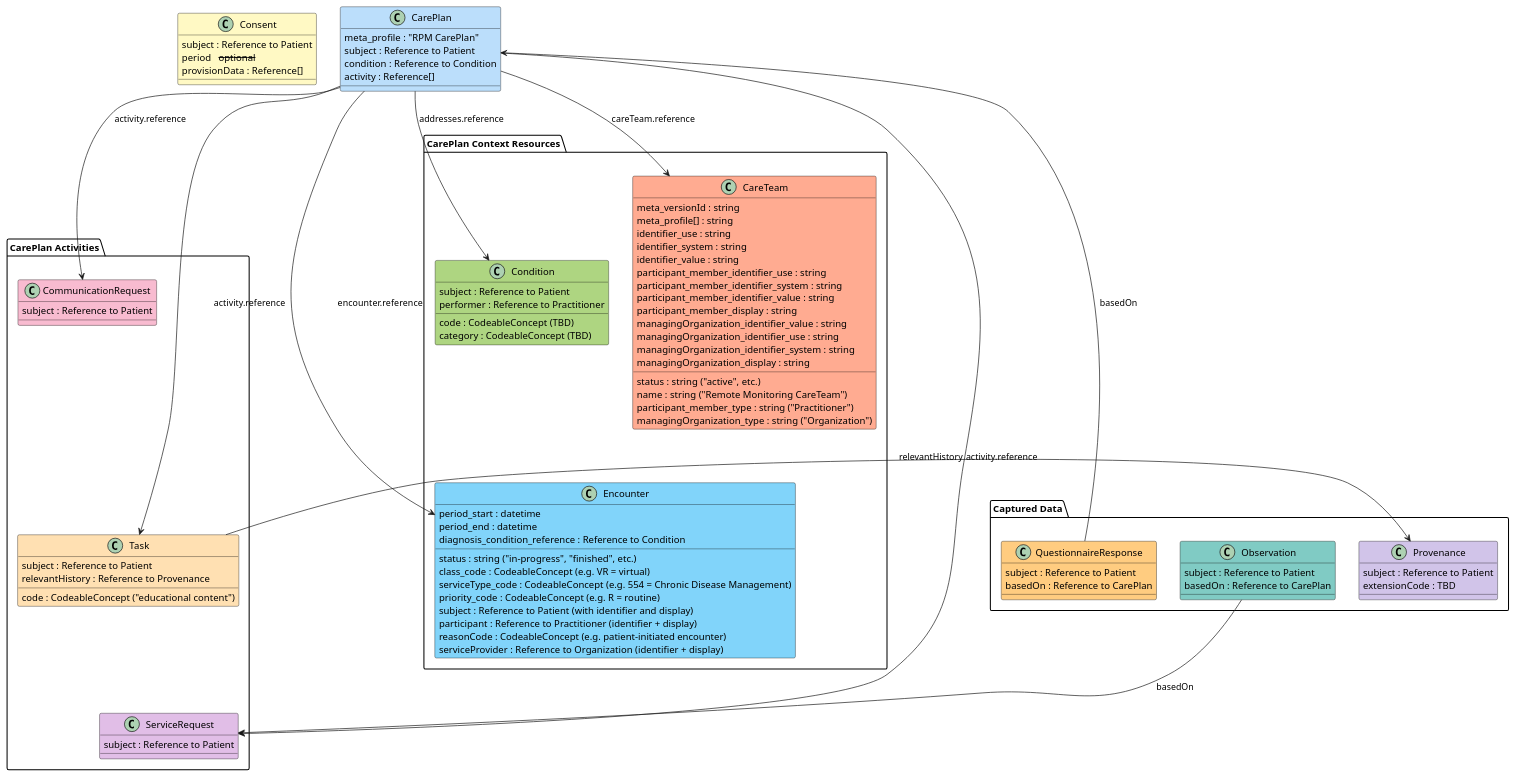
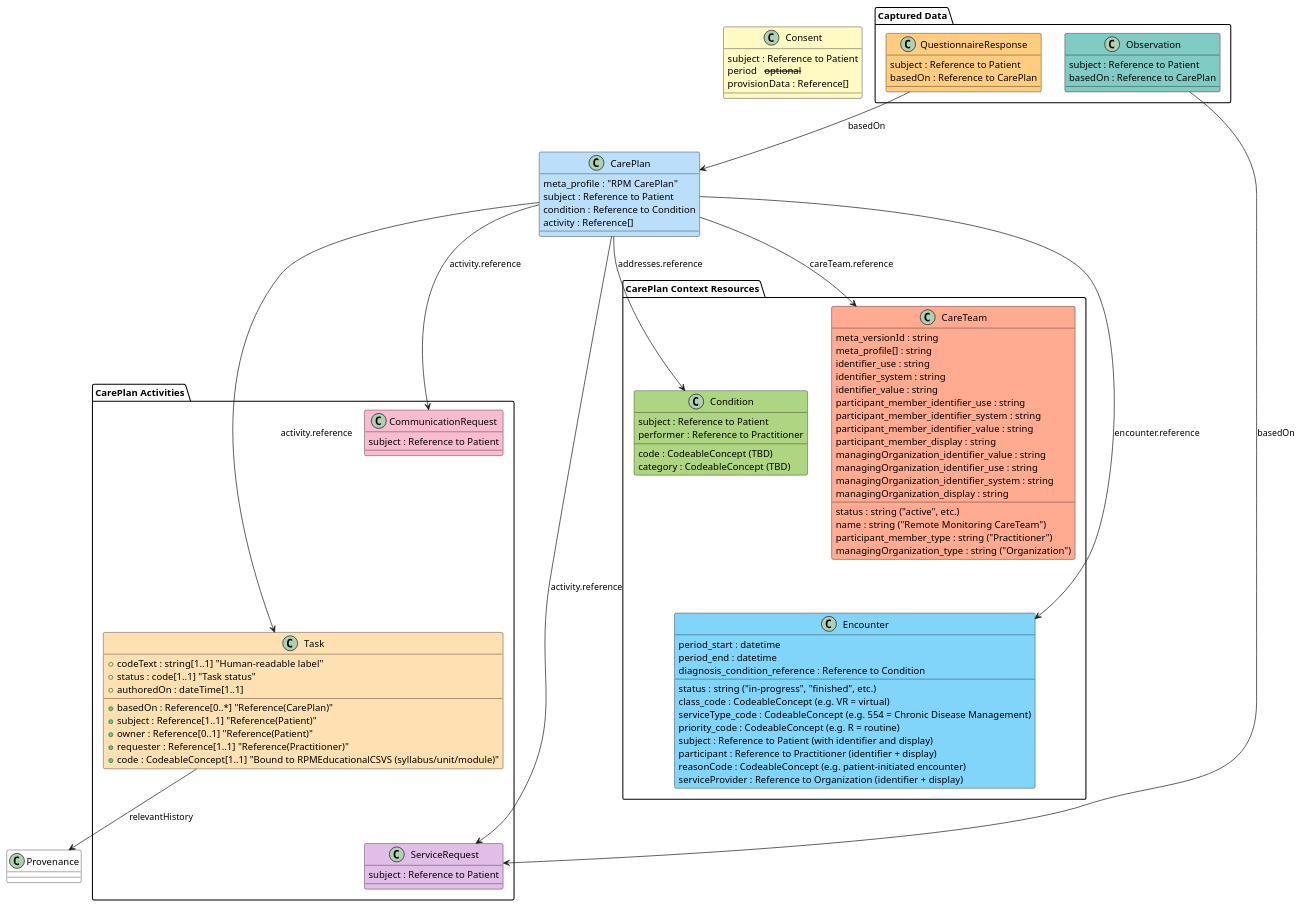
One commit to tewhatuora/cinc-fhir-ig changed the diagram in input/images-source/rpm-resources.plantuml. Above: the diagram before and after it, drawn with PlantUML. The commit also changed 18 other files, not shown here.

Commit message:
Codes, Example, diagrams

```diff
--- a/input/images-source/rpm-resources.plantuml
+++ b/input/images-source/rpm-resources.plantuml
@@ -1,120 +1,120 @@
 @startuml
 
 skinparam class {
     BackgroundColor White
     BorderColor Black
 }
 
 class Consent #FFF9C4 {
   subject : Reference to Patient
   period  -- optional --
   provisionData : Reference[]
 }
 
 class CarePlan #BBDEFB {
   meta_profile : "RPM CarePlan"
   subject : Reference to Patient
   condition : Reference to Condition
   activity : Reference[]
 }
 
 package "CarePlan Activities" {
   class CommunicationRequest #F8BBD0 {
     subject : Reference to Patient
   }
   class Task #FFE0B2 {
-    subject : Reference to Patient
-    code : CodeableConcept ("educational content")
-    relevantHistory : Reference to Provenance
-  }
+    +basedOn : Reference[0..*] "Reference(CarePlan)"
+    +subject : Reference[1..1] "Reference(Patient)"
+    +owner : Reference[0..1] "Reference(Patient)"
+    +requester : Reference[1..1] "Reference(Practitioner)"
+    +code : CodeableConcept[1..1] "Bound to RPMEducationalCSVS (syllabus/unit/module)"
+    +codeText : string[1..1] "Human-readable label"
+    +status : code[1..1] "Task status"
+    +authoredOn : dateTime[1..1]
+}
   class ServiceRequest #E1BEE7 {
     subject : Reference to Patient
   }
 }
 
 package "CarePlan Context Resources" {
 
   class Condition #AED581 {
     subject : Reference to Patient
     performer : Reference to Practitioner
     code : CodeableConcept (TBD)
     category : CodeableConcept (TBD)
   }
 
   class Encounter #81D4FA {
   status : string ("in-progress", "finished", etc.)
   class_code : CodeableConcept (e.g. VR = virtual)
   serviceType_code : CodeableConcept (e.g. 554 = Chronic Disease Management)
   priority_code : CodeableConcept (e.g. R = routine)
   subject : Reference to Patient (with identifier and display)
   participant : Reference to Practitioner (identifier + display)
   period_start : datetime
   period_end : datetime
   reasonCode : CodeableConcept (e.g. patient-initiated encounter)
   diagnosis_condition_reference : Reference to Condition
   serviceProvider : Reference to Organization (identifier + display)
 }
   
   class CareTeam #FFAB91 {
   status : string ("active", etc.)
   name : string ("Remote Monitoring CareTeam")
   meta_versionId : string
   meta_profile[] : string
   identifier_use : string
   identifier_system : string
   identifier_value : string
   participant_member_type : string ("Practitioner")
   participant_member_identifier_use : string
   participant_member_identifier_system : string
   participant_member_identifier_value : string
   participant_member_display : string
   managingOrganization_type : string ("Organization")
   managingOrganization_identifier_value : string
   managingOrganization_identifier_use : string
   managingOrganization_identifier_system : string
   managingOrganization_display : string
 }
 
 }
 
 package "Captured Data" {
 
-  class Provenance #D1C4E9 {
-    subject : Reference to Patient
-    extensionCode : TBD
-  }
-
   class Observation #80CBC4 {
     subject : Reference to Patient
     basedOn : Reference to CarePlan
   }
 
   class QuestionnaireResponse #FFCC80 {
     subject : Reference to Patient
     basedOn : Reference to CarePlan
   }
   
   }
 
 
 CarePlan --> Condition : addresses.reference
 CarePlan --> Encounter : encounter.reference
 CarePlan --> CareTeam: careTeam.reference
 CarePlan --> CommunicationRequest : activity.reference
 CarePlan --> Task : activity.reference
 CarePlan --> ServiceRequest : activity.reference
 
 Task --> Provenance : relevantHistory
 
 Observation --> ServiceRequest : basedOn
 
 QuestionnaireResponse --> CarePlan : basedOn
 
 CarePlan -[hidden]-> CommunicationRequest
 CommunicationRequest -[hidden]-> Task
 Task -[hidden]-> ServiceRequest
 
 CarePlan -[hidden]-> Condition
 Condition -[hidden]-> Encounter
 
 @enduml
```
